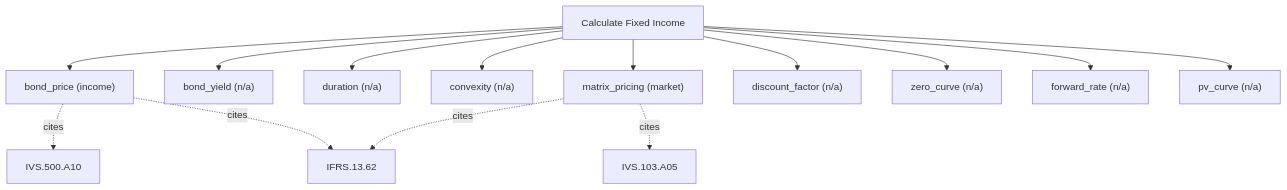
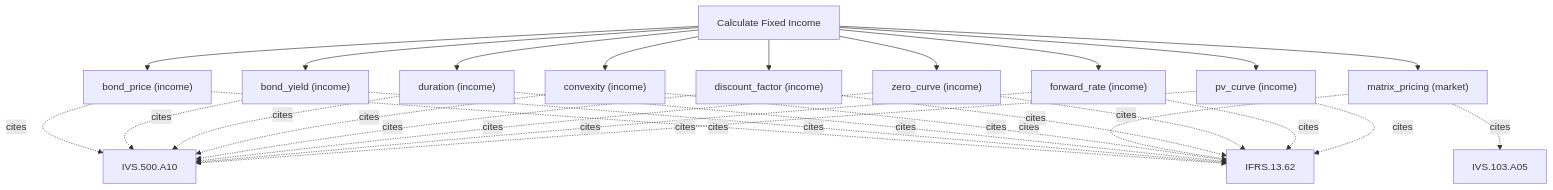
Before and after one commit to simonmak-ascent/fair-value: the diagram in docs/methods/calculate_fixed_income.md, drawn with Mermaid. The commit also changed other lines of this file and 18 other files, not shown here.

````diff
--- a/docs/methods/calculate_fixed_income.md
+++ b/docs/methods/calculate_fixed_income.md
@@ -5,17 +5,31 @@
 ```mermaid
 flowchart TD
   T[Calculate Fixed Income]
   T --> calculate_fixed_income_bond_price["bond_price (income)"]
   calculate_fixed_income_bond_price -. cites .-> IVS_500_A10[IVS.500.A10]
   calculate_fixed_income_bond_price -. cites .-> IFRS_13_62[IFRS.13.62]
-  T --> calculate_fixed_income_bond_yield["bond_yield (n/a)"]
-  T --> calculate_fixed_income_duration["duration (n/a)"]
-  T --> calculate_fixed_income_convexity["convexity (n/a)"]
+  T --> calculate_fixed_income_bond_yield["bond_yield (income)"]
+  calculate_fixed_income_bond_yield -. cites .-> IVS_500_A10[IVS.500.A10]
+  calculate_fixed_income_bond_yield -. cites .-> IFRS_13_62[IFRS.13.62]
+  T --> calculate_fixed_income_duration["duration (income)"]
+  calculate_fixed_income_duration -. cites .-> IVS_500_A10[IVS.500.A10]
+  calculate_fixed_income_duration -. cites .-> IFRS_13_62[IFRS.13.62]
+  T --> calculate_fixed_income_convexity["convexity (income)"]
+  calculate_fixed_income_convexity -. cites .-> IVS_500_A10[IVS.500.A10]
+  calculate_fixed_income_convexity -. cites .-> IFRS_13_62[IFRS.13.62]
   T --> calculate_fixed_income_matrix_pricing["matrix_pricing (market)"]
   calculate_fixed_income_matrix_pricing -. cites .-> IVS_103_A05[IVS.103.A05]
   calculate_fixed_income_matrix_pricing -. cites .-> IFRS_13_62[IFRS.13.62]
-  T --> calculate_fixed_income_discount_factor["discount_factor (n/a)"]
-  T --> calculate_fixed_income_zero_curve["zero_curve (n/a)"]
-  T --> calculate_fixed_income_forward_rate["forward_rate (n/a)"]
-  T --> calculate_fixed_income_pv_curve["pv_curve (n/a)"]
+  T --> calculate_fixed_income_discount_factor["discount_factor (income)"]
+  calculate_fixed_income_discount_factor -. cites .-> IVS_500_A10[IVS.500.A10]
+  calculate_fixed_income_discount_factor -. cites .-> IFRS_13_62[IFRS.13.62]
+  T --> calculate_fixed_income_zero_curve["zero_curve (income)"]
+  calculate_fixed_income_zero_curve -. cites .-> IVS_500_A10[IVS.500.A10]
+  calculate_fixed_income_zero_curve -. cites .-> IFRS_13_62[IFRS.13.62]
+  T --> calculate_fixed_income_forward_rate["forward_rate (income)"]
+  calculate_fixed_income_forward_rate -. cites .-> IVS_500_A10[IVS.500.A10]
+  calculate_fixed_income_forward_rate -. cites .-> IFRS_13_62[IFRS.13.62]
+  T --> calculate_fixed_income_pv_curve["pv_curve (income)"]
+  calculate_fixed_income_pv_curve -. cites .-> IVS_500_A10[IVS.500.A10]
+  calculate_fixed_income_pv_curve -. cites .-> IFRS_13_62[IFRS.13.62]
 ```
````
